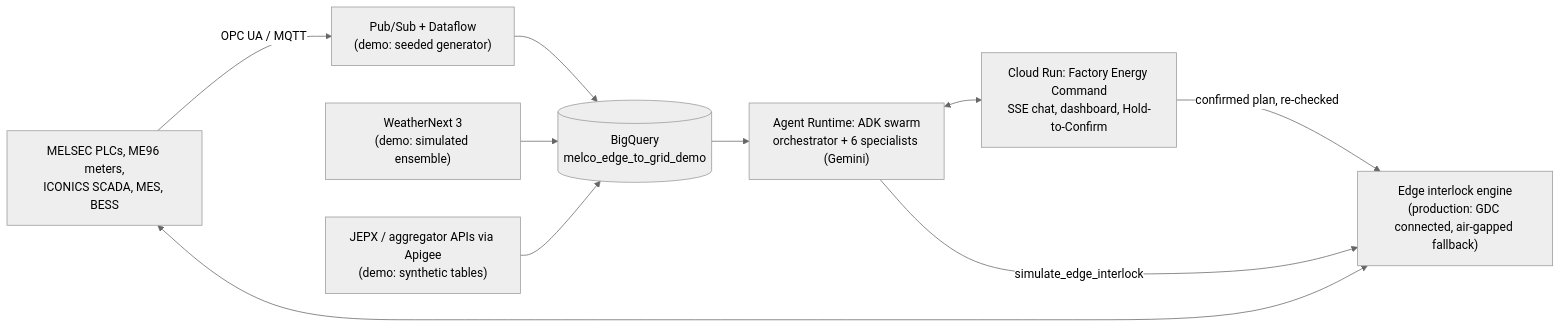
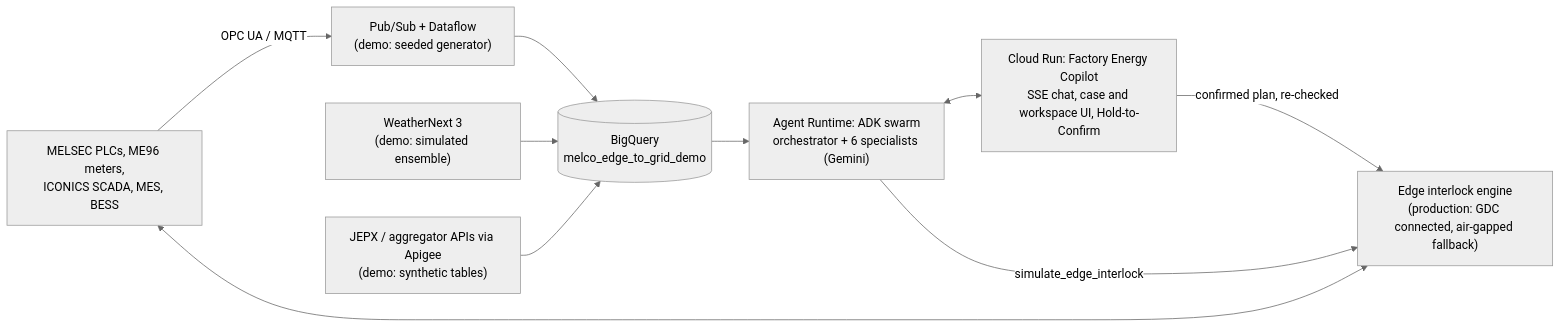
The diagram in melco-edge-to-grid/README.md (irvivek-debug/japan-energy-gcp-agentic-demos), drawn with Mermaid (neutral theme) before and after one commit. The commit also changed other lines of this file and 313 other files, not shown here.

````diff
--- a/melco-edge-to-grid/README.md
+++ b/melco-edge-to-grid/README.md
@@ -37,12 +66,12 @@
 ```mermaid
 flowchart LR
   OT["MELSEC PLCs, ME96 meters,\nICONICS SCADA, MES, BESS"] -->|OPC UA / MQTT| ING["Pub/Sub + Dataflow\n(demo: seeded generator)"]
   ING --> BQ[("BigQuery\nmelco_edge_to_grid_demo")]
   WX["WeatherNext 3\n(demo: simulated ensemble)"] --> BQ
   MKT["JEPX / aggregator APIs via Apigee\n(demo: synthetic tables)"] --> BQ
   BQ --> AG["Agent Runtime: ADK swarm\norchestrator + 6 specialists (Gemini)"]
-  AG <--> UI["Cloud Run: Factory Energy Command\nSSE chat, dashboard, Hold-to-Confirm"]
+  AG <--> UI["Cloud Run: Factory Energy Copilot\nSSE chat, case and workspace UI, Hold-to-Confirm"]
   UI -->|confirmed plan, re-checked| EDGE["Edge interlock engine\n(production: GDC connected, air-gapped fallback)"]
   AG -->|simulate_edge_interlock| EDGE
   OT <--> EDGE
 ```
````
